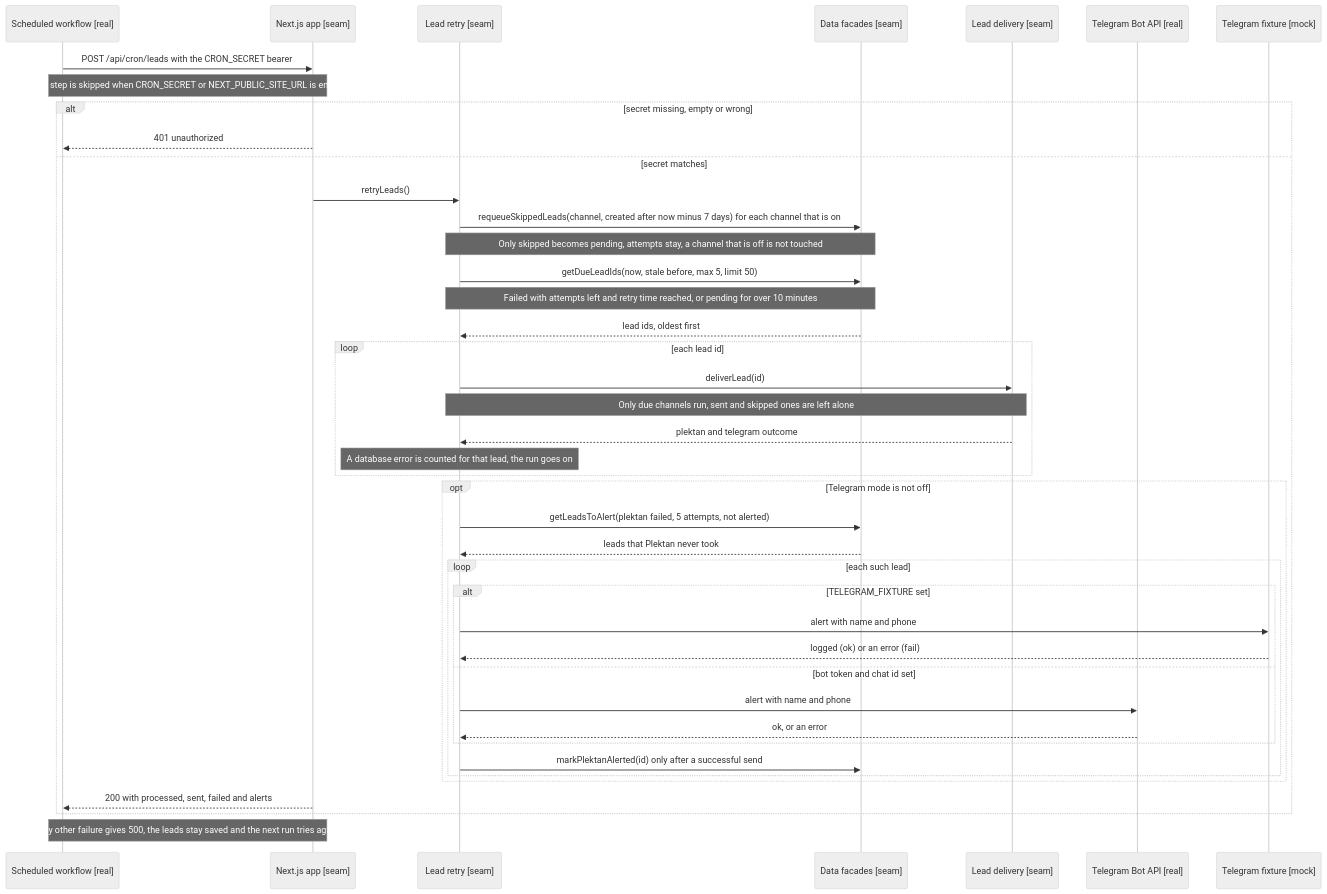
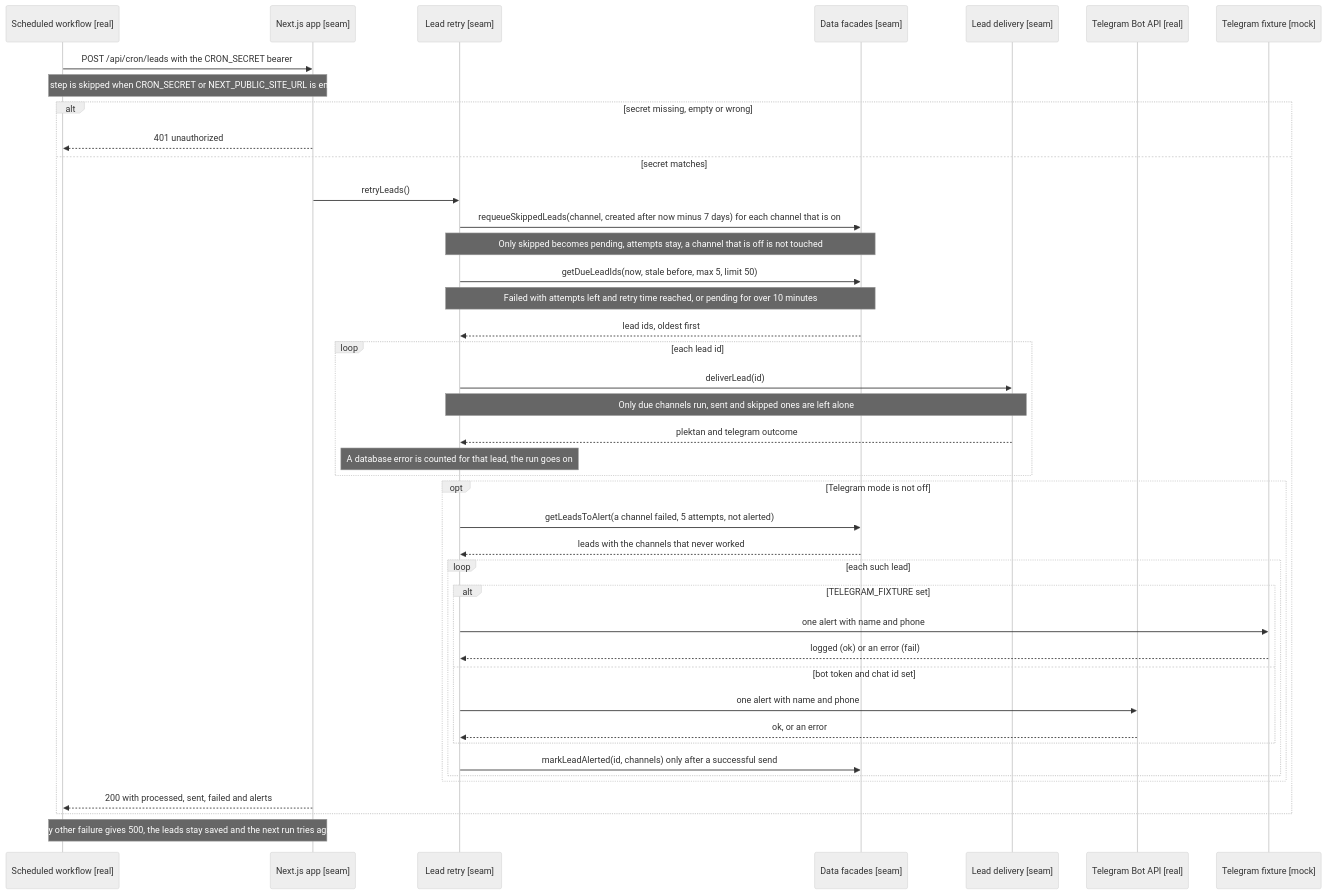
One commit to kushnir-serhii/real-estate changed the ninth of 12 diagrams in docs/diagrams.md. Above: the diagram before and after it, drawn with Mermaid (neutral theme). The commit also changed other lines of this file and 21 other files, not shown here.

Commit message:
feat: 017 slice 3 — alert when a lead never reached Telegram

````diff
--- a/docs/diagrams.md
+++ b/docs/diagrams.md
@@ -933,45 +933,45 @@
 ```mermaid
 sequenceDiagram
     participant cron as Scheduled workflow [real]
     participant app as Next.js app [seam]
     participant retry as Lead retry [seam]
     participant facade as Data facades [seam]
     participant deliver as Lead delivery [seam]
     participant telegram as Telegram Bot API [real]
     participant telegramfx as Telegram fixture [mock]
 
     cron->>app: POST /api/cron/leads with the CRON_SECRET bearer
     Note over cron,app: The step is skipped when CRON_SECRET or NEXT_PUBLIC_SITE_URL is empty
     alt secret missing, empty or wrong
         app-->>cron: 401 unauthorized
     else secret matches
         app->>retry: retryLeads()
         retry->>facade: requeueSkippedLeads(channel, created after now minus 7 days) for each channel that is on
         Note over retry,facade: Only skipped becomes pending, attempts stay, a channel that is off is not touched
         retry->>facade: getDueLeadIds(now, stale before, max 5, limit 50)
         Note over retry,facade: Failed with attempts left and retry time reached, or pending for over 10 minutes
         facade-->>retry: lead ids, oldest first
         loop each lead id
             retry->>deliver: deliverLead(id)
             Note over retry,deliver: Only due channels run, sent and skipped ones are left alone
             deliver-->>retry: plektan and telegram outcome
             Note over retry: A database error is counted for that lead, the run goes on
         end
         opt Telegram mode is not off
-            retry->>facade: getLeadsToAlert(plektan failed, 5 attempts, not alerted)
-            facade-->>retry: leads that Plektan never took
+            retry->>facade: getLeadsToAlert(a channel failed, 5 attempts, not alerted)
+            facade-->>retry: leads with the channels that never worked
             loop each such lead
                 alt TELEGRAM_FIXTURE set
-                    retry->>telegramfx: alert with name and phone
+                    retry->>telegramfx: one alert with name and phone
                     telegramfx-->>retry: logged (ok) or an error (fail)
                 else bot token and chat id set
-                    retry->>telegram: alert with name and phone
+                    retry->>telegram: one alert with name and phone
                     telegram-->>retry: ok, or an error
                 end
-                retry->>facade: markPlektanAlerted(id) only after a successful send
+                retry->>facade: markLeadAlerted(id, channels) only after a successful send
             end
         end
         app-->>cron: 200 with processed, sent, failed and alerts
     end
     Note over cron,app: Any other failure gives 500, the leads stay saved and the next run tries again
 ```
````
